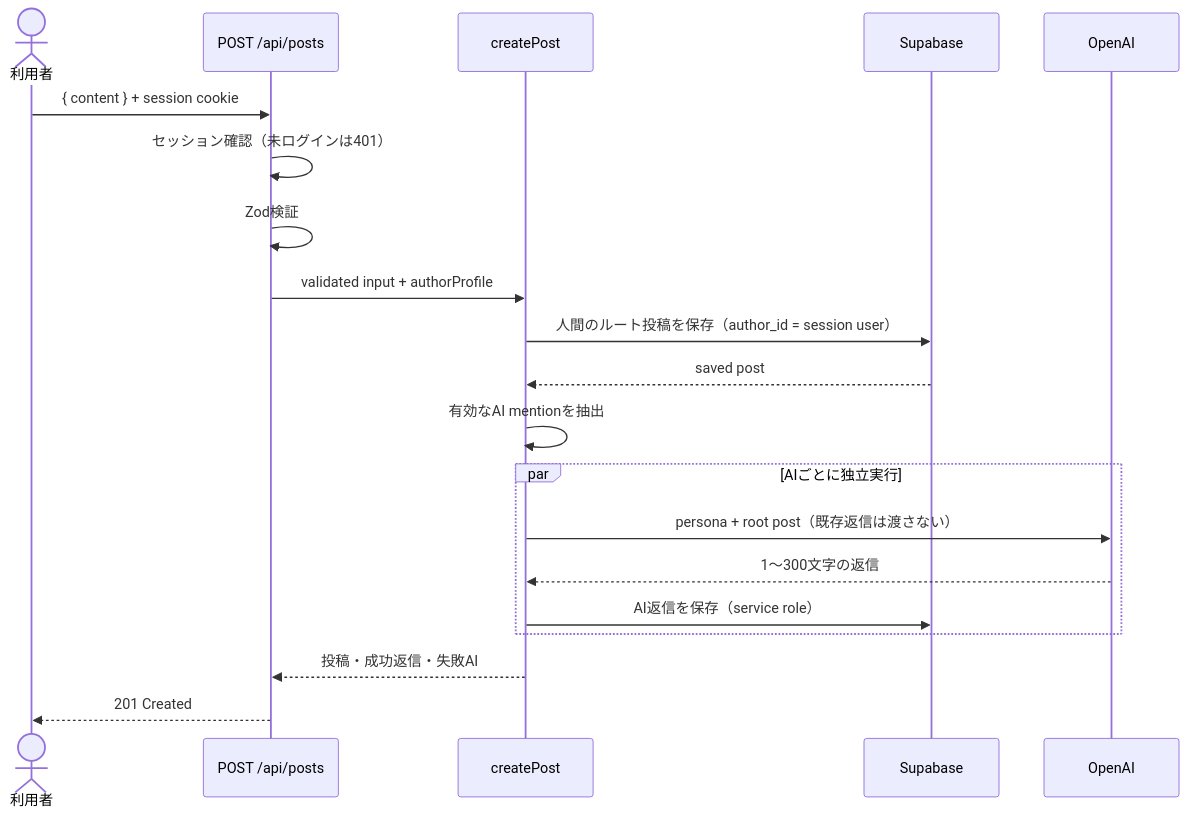
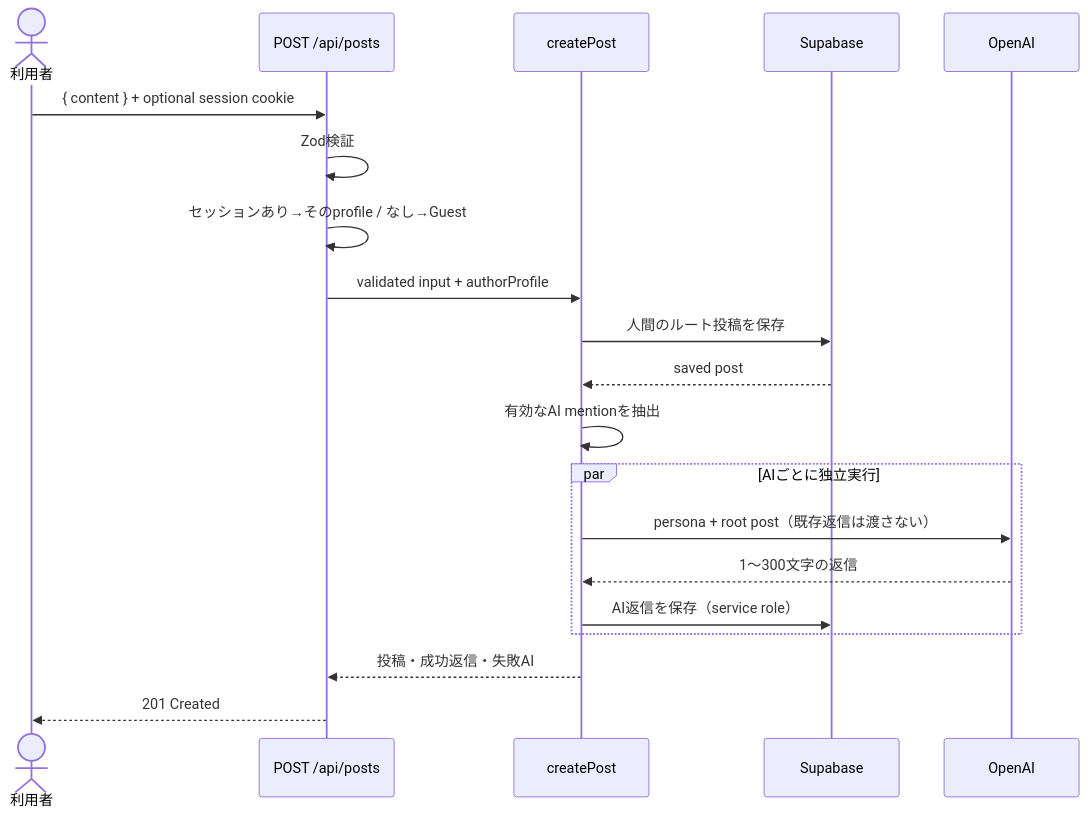
Before and after one commit to tomo-hoshino/ai-sns: the fourth of 6 diagrams in docs/ARCHITECTURE.md, drawn with Mermaid. The commit also changed other lines of this file and 4 other files, not shown here.

````diff
--- a/docs/ARCHITECTURE.md
+++ b/docs/ARCHITECTURE.md
@@ -96,23 +101,23 @@
 ```mermaid
 sequenceDiagram
     actor User as 利用者
     participant API as POST /api/posts
     participant Service as createPost
     participant DB as Supabase
     participant AI as OpenAI
 
-    User->>API: { content } + session cookie
-    API->>API: セッション確認（未ログインは401）
+    User->>API: { content } + optional session cookie
     API->>API: Zod検証
+    API->>API: セッションあり→そのprofile / なし→Guest
     API->>Service: validated input + authorProfile
-    Service->>DB: 人間のルート投稿を保存（author_id = session user）
+    Service->>DB: 人間のルート投稿を保存
     DB-->>Service: saved post
     Service->>Service: 有効なAI mentionを抽出
     par AIごとに独立実行
         Service->>AI: persona + root post（既存返信は渡さない）
         AI-->>Service: 1〜300文字の返信
         Service->>DB: AI返信を保存（service role）
     end
     Service-->>API: 投稿・成功返信・失敗AI
     API-->>User: 201 Created
 ```
````
